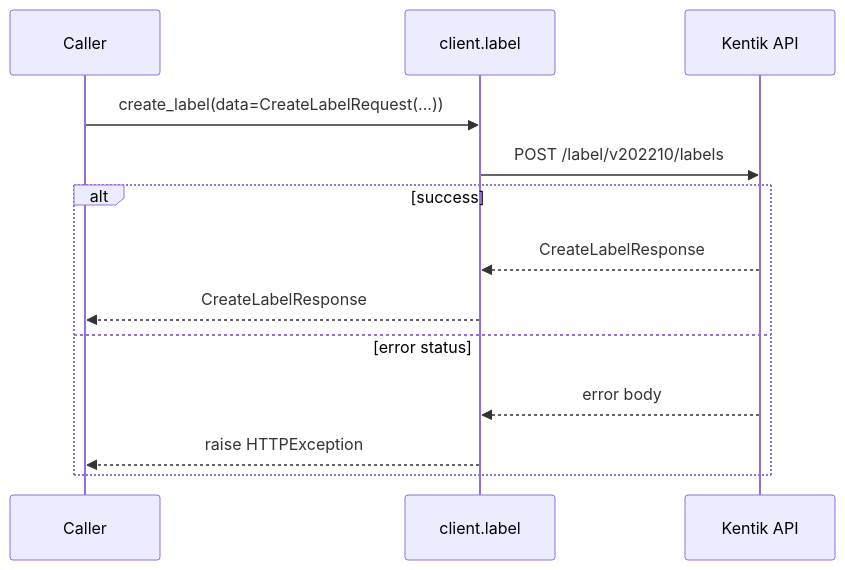
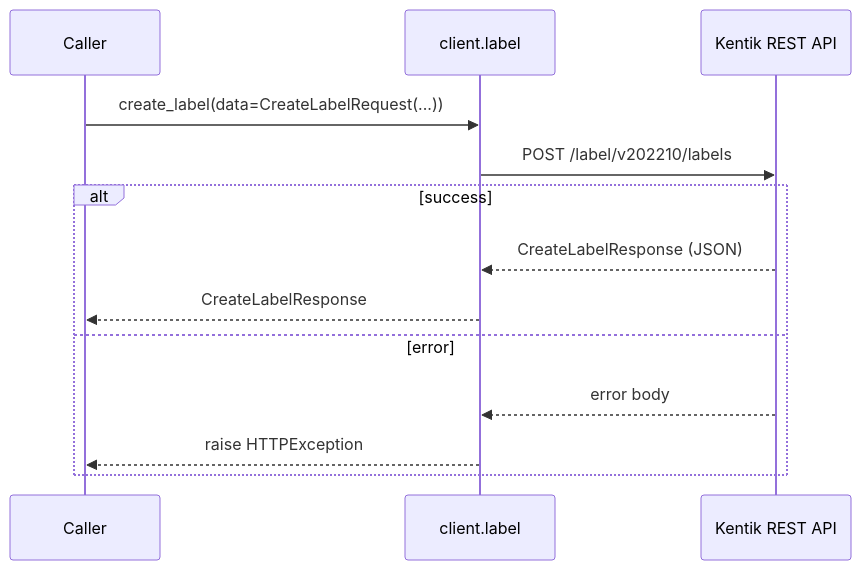
The fourth of 10 diagrams in docs/sphinx/services/label.md (alexdearaujo/community_sdk_python), drawn with Mermaid before and after one commit. The commit also changed other lines of this file and 61 other files, not shown here.

````diff
--- a/docs/sphinx/services/label.md
+++ b/docs/sphinx/services/label.md
@@ -75,16 +102,16 @@
 ```mermaid
 sequenceDiagram
     participant C as Caller
     participant W as client.label
-    participant API as Kentik API
+    participant API as Kentik REST API
 
     C->>W: create_label(data=CreateLabelRequest(...))
     W->>API: POST /label/v202210/labels
     alt success
-        API-->>W: CreateLabelResponse
+        API-->>W: CreateLabelResponse (JSON)
         W-->>C: CreateLabelResponse
-    else error status
+    else error
         API-->>W: error body
         W-->>C: raise HTTPException
     end
 ```
````
